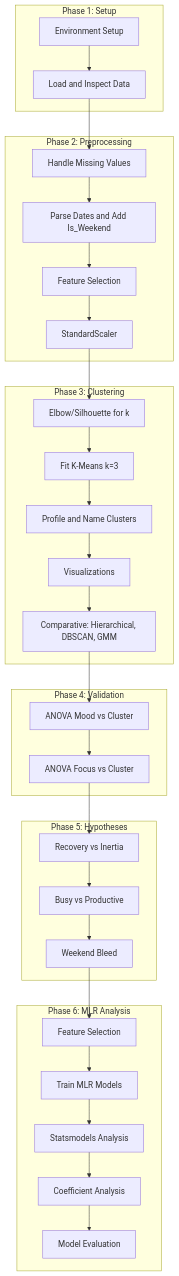
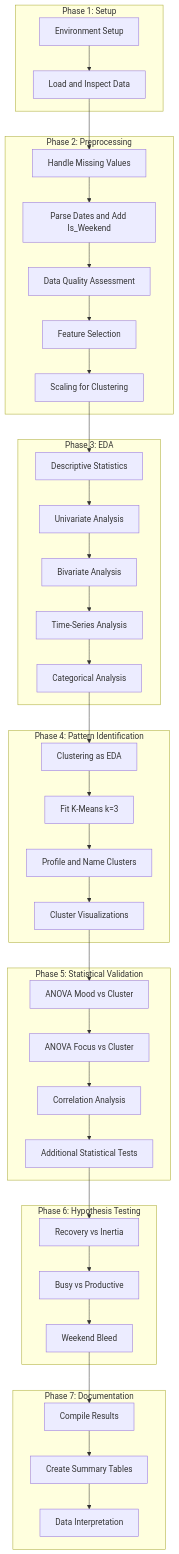
One commit to badong0/DataScience_Final_Project changed the diagram in .cursor/plans/work-study-life_profile_plan_1f7adbfb.plan.md. Above: the diagram before and after it, drawn with Mermaid. The commit also changed other lines of this file and 9 other files, not shown here.

````diff
--- a/.cursor/plans/work-study-life_profile_plan_1f7adbfb.plan.md
+++ b/.cursor/plans/work-study-life_profile_plan_1f7adbfb.plan.md
@@ -226,43 +281,51 @@
 ```mermaid
 flowchart TD
     subgraph phase1 [Phase 1: Setup]
         A1[Environment Setup]
         A2[Load and Inspect Data]
     end
 
     subgraph phase2 [Phase 2: Preprocessing]
         B1[Handle Missing Values]
         B2[Parse Dates and Add Is_Weekend]
-        B3[Feature Selection]
-        B4[StandardScaler]
+        B3[Data Quality Assessment]
+        B4[Feature Selection]
+        B5[Scaling for Clustering]
     end
 
-    subgraph phase3 [Phase 3: Clustering]
-        C1[Elbow/Silhouette for k]
-        C2[Fit K-Means k=3]
-        C3[Profile and Name Clusters]
-        C4[Visualizations]
-        C5[Comparative: Hierarchical, DBSCAN, GMM]
+    subgraph phase3 [Phase 3: EDA]
+        C1[Descriptive Statistics]
+        C2[Univariate Analysis]
+        C3[Bivariate Analysis]
+        C4[Time-Series Analysis]
+        C5[Categorical Analysis]
     end
 
-    subgraph phase4 [Phase 4: Validation]
-        D1[ANOVA Mood vs Cluster]
-        D2[ANOVA Focus vs Cluster]
+    subgraph phase4 [Phase 4: Pattern Identification]
+        D1[Clustering as EDA]
+        D2[Fit K-Means k=3]
+        D3[Profile and Name Clusters]
+        D4[Cluster Visualizations]
     end
 
-    subgraph phase5 [Phase 5: Hypotheses]
-        E1[Recovery vs Inertia]
-        E2[Busy vs Productive]
-        E3[Weekend Bleed]
+    subgraph phase5 [Phase 5: Statistical Validation]
+        E1[ANOVA Mood vs Cluster]
+        E2[ANOVA Focus vs Cluster]
+        E3[Correlation Analysis]
+        E4[Additional Statistical Tests]
     end
 
-    subgraph phase6 [Phase 6: MLR Analysis]
-        F1[Feature Selection]
-        F2[Train MLR Models]
-        F3[Statsmodels Analysis]
-        F4[Coefficient Analysis]
-        F5[Model Evaluation]
+    subgraph phase6 [Phase 6: Hypothesis Testing]
+        F1[Recovery vs Inertia]
+        F2[Busy vs Productive]
+        F3[Weekend Bleed]
     end
 
-    A1 --> A2 --> B1 --> B2 --> B3 --> B4 --> C1 --> C2 --> C3 --> C4 --> C5 --> D1 --> D2 --> E1 --> E2 --> E3 --> F1 --> F2 --> F3 --> F4 --> F5
+    subgraph phase7 [Phase 7: Documentation]
+        G1[Compile Results]
+        G2[Create Summary Tables]
+        G3[Data Interpretation]
+    end
+
+    A1 --> A2 --> B1 --> B2 --> B3 --> B4 --> B5 --> C1 --> C2 --> C3 --> C4 --> C5 --> D1 --> D2 --> D3 --> D4 --> E1 --> E2 --> E3 --> E4 --> F1 --> F2 --> F3 --> G1 --> G2 --> G3
 ```
````
